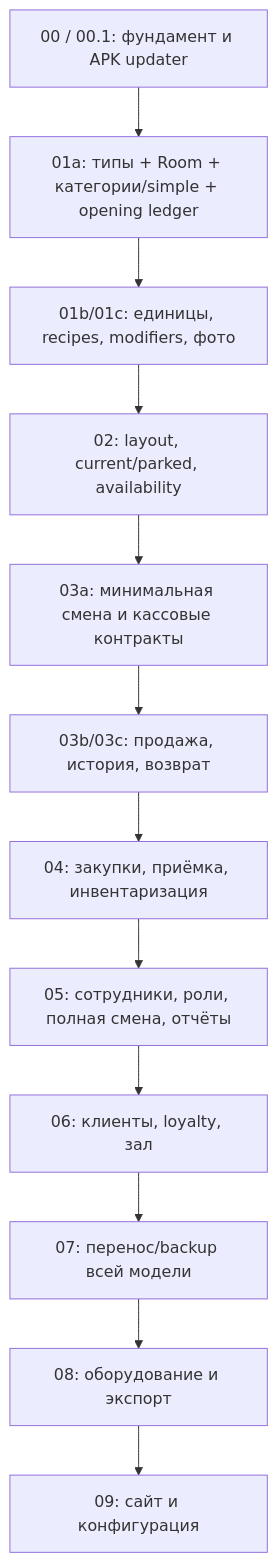
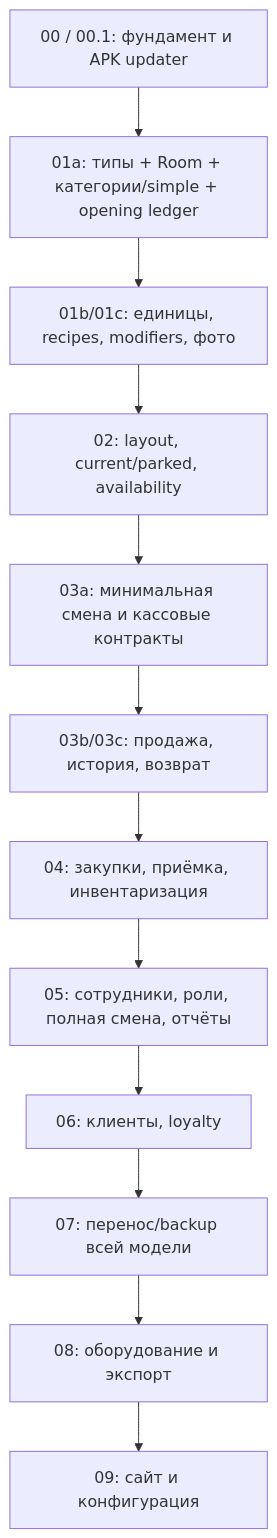
The diagram in docs/DELIVERY-ROADMAP.md (mendelev-main/M-POS-Android), drawn with Mermaid before and after one commit. The commit also changed other lines of this file and 29 other files, not shown here.

````diff
--- a/docs/DELIVERY-ROADMAP.md
+++ b/docs/DELIVERY-ROADMAP.md
@@ -7,14 +7,14 @@
 ```mermaid
 flowchart TD
     A[00 / 00.1: фундамент и APK updater] --> B[01a: типы + Room + категории/simple + opening ledger]
     B --> C[01b/01c: единицы, recipes, modifiers, фото]
     C --> D[02: layout, current/parked, availability]
     D --> E[03a: минимальная смена и кассовые контракты]
     E --> F[03b/03c: продажа, история, возврат]
     F --> G[04: закупки, приёмка, инвентаризация]
     G --> H[05: сотрудники, роли, полная смена, отчёты]
-    H --> I[06: клиенты, loyalty, зал]
+    H --> I[06: клиенты, loyalty]
     I --> J[07: перенос/backup всей модели]
     J --> K[08: оборудование и экспорт]
     K --> L[09: сайт и конфигурация]
 ```
````
